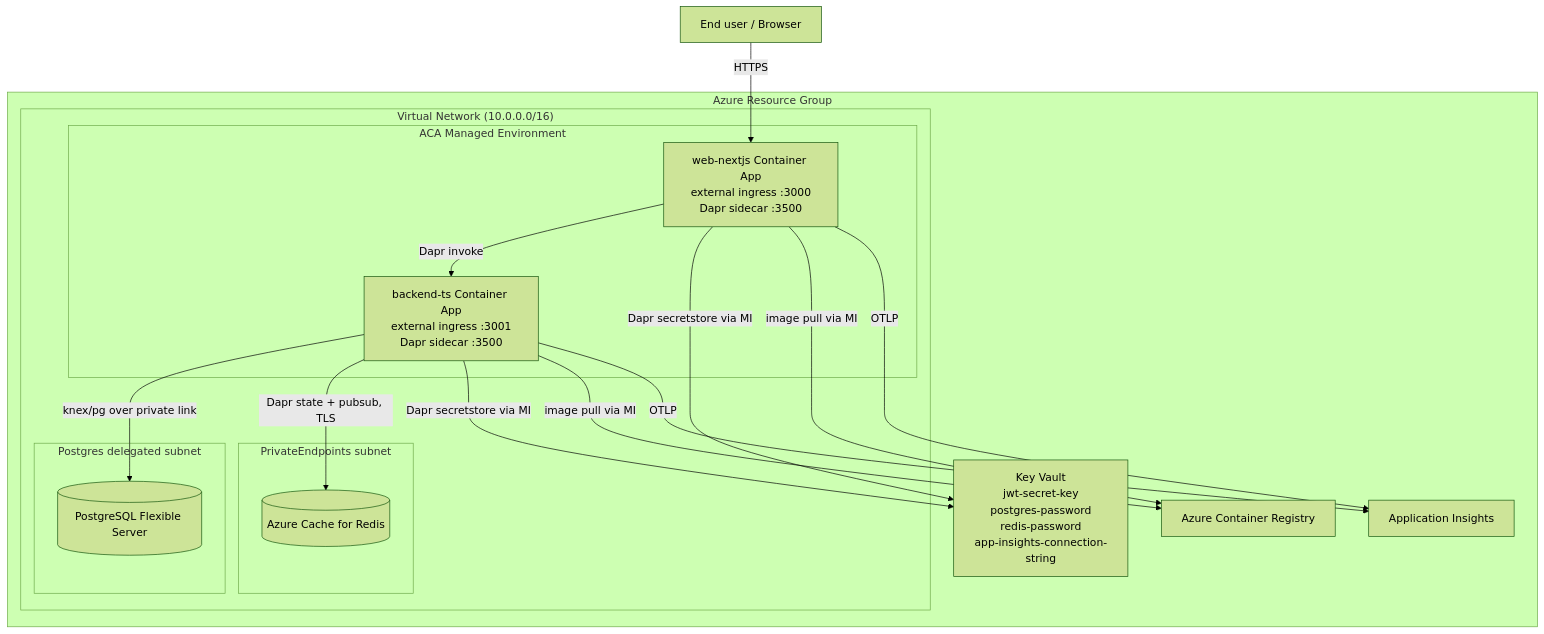
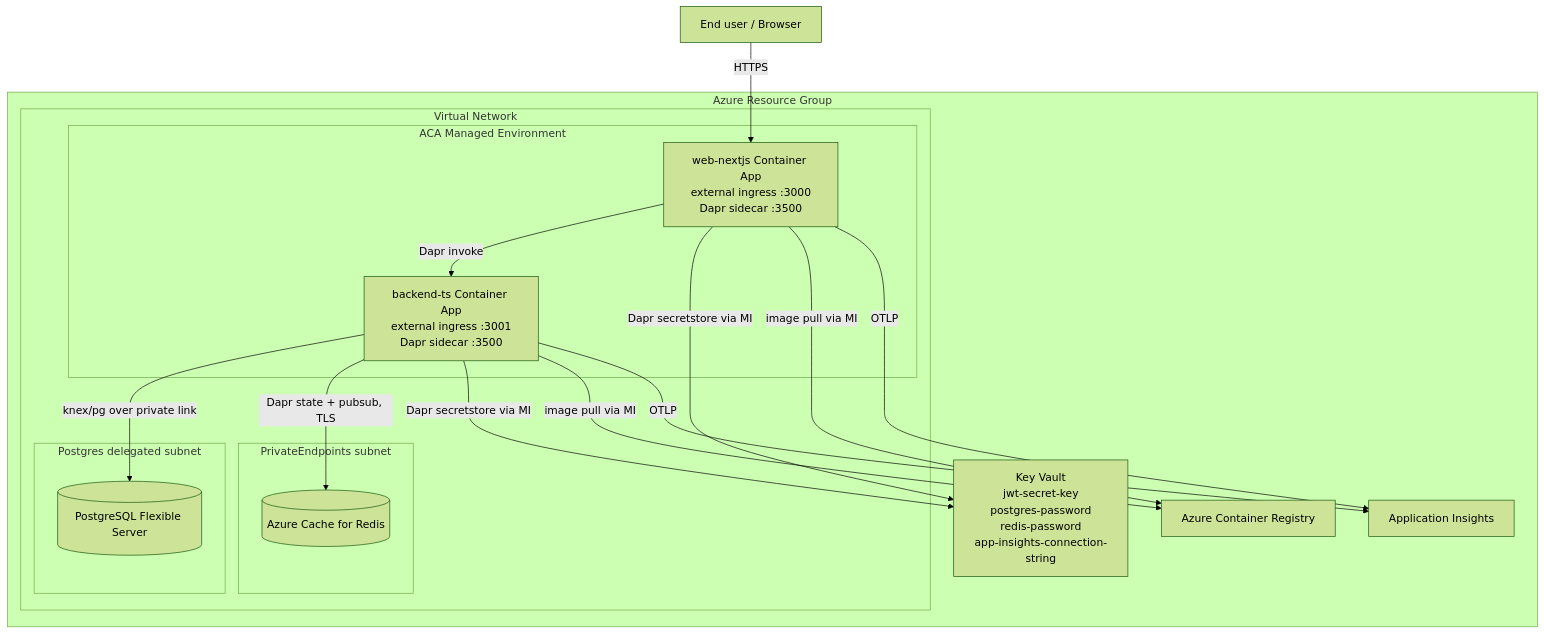
One commit to AndriyKalashnykov/dapr-nodejs-nextjs changed the third of 3 diagrams in README.md. Above: the diagram before and after it, drawn with Mermaid (forest theme). The commit also changed other lines of this file and 31 other files, not shown here.

````diff
--- a/README.md
+++ b/README.md
@@ -223,32 +229,32 @@
 ```mermaid
 flowchart TB
     user[End user / Browser]
     subgraph rg["Azure Resource Group"]
-        subgraph vnet["Virtual Network (10.0.0.0/16)"]
+        subgraph vnet["Virtual Network"]
             subgraph aca_env["ACA Managed Environment"]
                 nextjs_aca[web-nextjs Container App<br/>external ingress :3000<br/>Dapr sidecar :3500]
                 backend_aca[backend-ts Container App<br/>external ingress :3001<br/>Dapr sidecar :3500]
             end
             subgraph pe_subnet["PrivateEndpoints subnet"]
                 redis_aca[(Azure Cache for Redis)]
             end
             subgraph pg_subnet["Postgres delegated subnet"]
                 pg_aca[(PostgreSQL Flexible Server)]
             end
         end
         kv[Key Vault<br/>jwt-secret-key<br/>postgres-password<br/>redis-password<br/>app-insights-connection-string]
         acr[Azure Container Registry]
         appins[Application Insights]
     end
 
     user -->|HTTPS| nextjs_aca
     nextjs_aca -->|Dapr invoke| backend_aca
     backend_aca -->|knex/pg over private link| pg_aca
     backend_aca -->|Dapr state + pubsub, TLS| redis_aca
     nextjs_aca -->|Dapr secretstore via MI| kv
     backend_aca -->|Dapr secretstore via MI| kv
     nextjs_aca -->|image pull via MI| acr
     backend_aca -->|image pull via MI| acr
     nextjs_aca -->|OTLP| appins
     backend_aca -->|OTLP| appins
 ```
````
